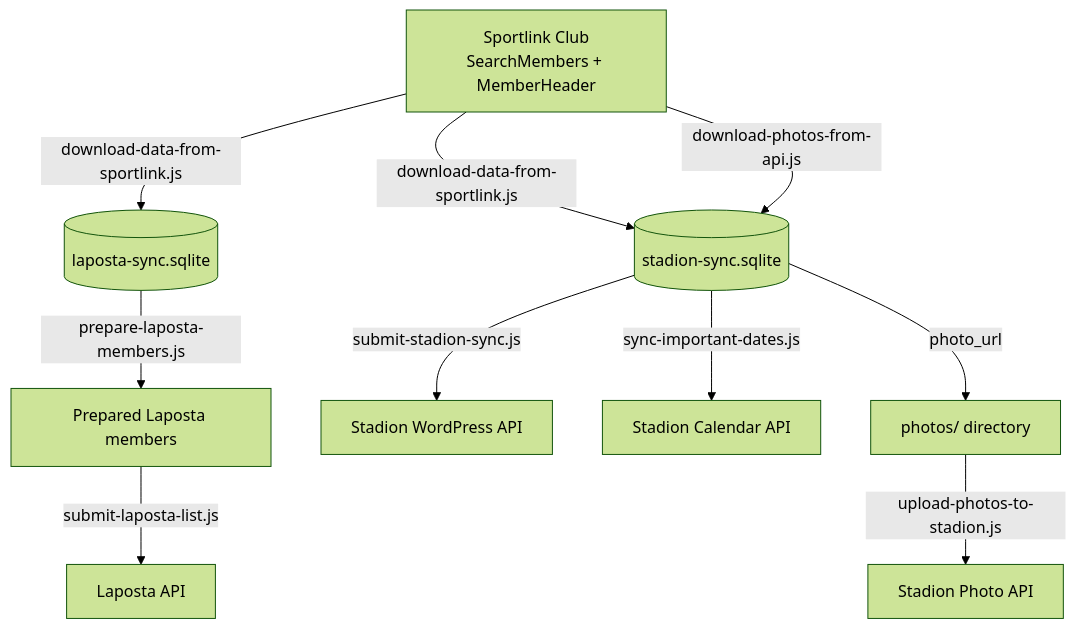
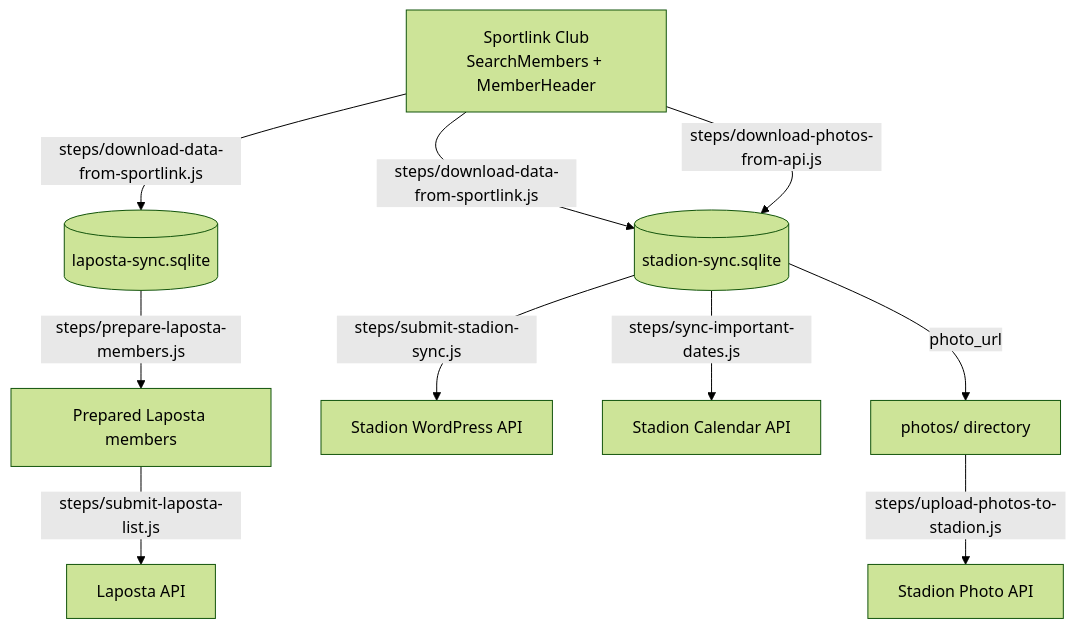
One commit to jdevalk/sportlink-sync changed the second of 8 diagrams in docs/sync-architecture.md. Above: the diagram before and after it, drawn with Mermaid (forest theme). The commit also changed other lines of this file and 117 other files, not shown here.

````diff
--- a/docs/sync-architecture.md
+++ b/docs/sync-architecture.md
@@ -116,20 +116,20 @@
 ```mermaid
 graph TD
     SL[Sportlink Club<br>SearchMembers + MemberHeader]
     DB1[(laposta-sync.sqlite)]
     DB2[(stadion-sync.sqlite)]
     LP[Laposta API]
     ST[Stadion WordPress API]
     CAL[Stadion Calendar API]
     PH[Stadion Photo API]
 
-    SL -->|download-data-from-sportlink.js| DB1
-    SL -->|download-data-from-sportlink.js| DB2
-    DB1 -->|prepare-laposta-members.js| LP_PREP[Prepared Laposta members]
-    LP_PREP -->|submit-laposta-list.js| LP
-    DB2 -->|submit-stadion-sync.js| ST
-    DB2 -->|sync-important-dates.js| CAL
-    SL -->|download-photos-from-api.js| DB2
+    SL -->|steps/download-data-from-sportlink.js| DB1
+    SL -->|steps/download-data-from-sportlink.js| DB2
+    DB1 -->|steps/prepare-laposta-members.js| LP_PREP[Prepared Laposta members]
+    LP_PREP -->|steps/submit-laposta-list.js| LP
+    DB2 -->|steps/submit-stadion-sync.js| ST
+    DB2 -->|steps/sync-important-dates.js| CAL
+    SL -->|steps/download-photos-from-api.js| DB2
     DB2 -->|photo_url| PHOTOS[photos/ directory]
-    PHOTOS -->|upload-photos-to-stadion.js| PH
+    PHOTOS -->|steps/upload-photos-to-stadion.js| PH
 ```
````
